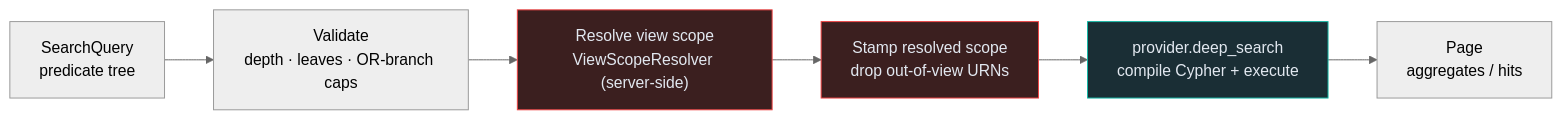
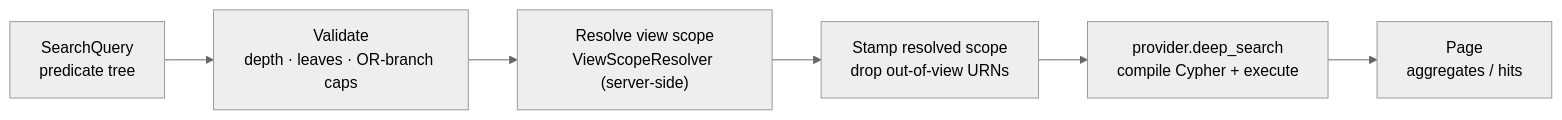
Before and after one commit to rkrumins/dataviz: the diagram in docs/services/SEARCH.md, drawn with Mermaid (neutral theme). The commit also changed 46 other files, not shown here.

````diff
--- a/docs/services/SEARCH.md
+++ b/docs/services/SEARCH.md
@@ -46,15 +46,12 @@
 ```mermaid
 flowchart LR
     Q["SearchQuery<br/>predicate tree"]
     V["Validate<br/>depth · leaves · OR-branch caps"]
     S["Resolve view scope<br/>ViewScopeResolver (server-side)"]
     St["Stamp resolved scope<br/>drop out-of-view URNs"]
     D["provider.deep_search<br/>compile Cypher + execute"]
     R["Page<br/>aggregates / hits"]
 
     Q --> V --> S --> St --> D --> R
 
-    style S fill:#3b1f1f,stroke:#ef4444,color:#e2e8f0
-    style St fill:#3b1f1f,stroke:#ef4444,color:#e2e8f0
-    style D fill:#1a2e35,stroke:#14b8a6,color:#e2e8f0
 ```
````
